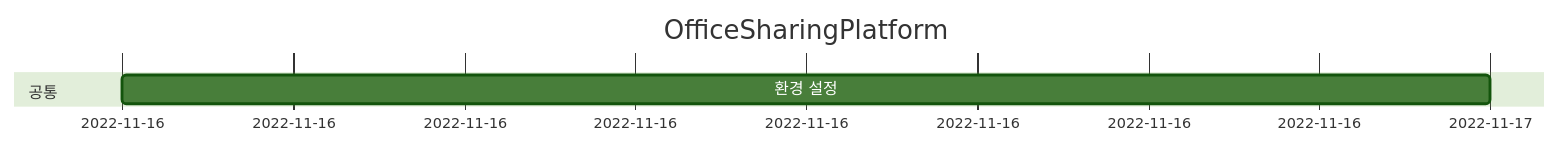
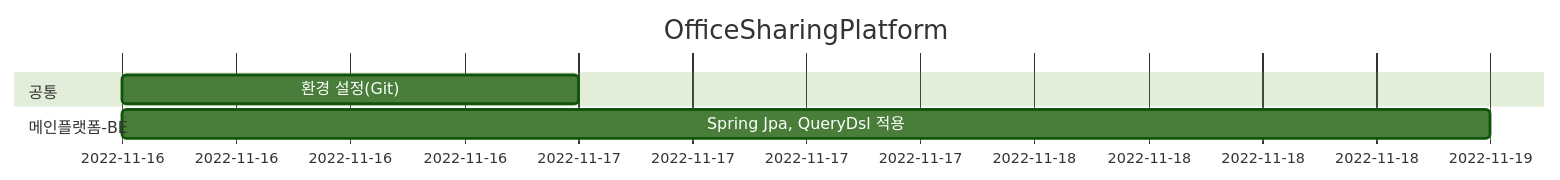
Before and after one commit to Hell-O-Demon-World/PlaceSharingPlatformBETest: the diagram in README.md, drawn with Mermaid (forest theme).

Commit message:
update : README

````diff
--- a/README.md
+++ b/README.md
@@ -11,11 +11,12 @@
 ```mermaid
 gantt
 dateFormat MM-DD
 title OfficeSharingPlatform
 
     section 공통
-    환경 설정             :chap1, 11-16, 1d
+    환경 설정(Git)             :chap1, 11-16, 1d
 
     section 메인플랫폼-BE
+    Spring Jpa, QueryDsl 적용 :chap1, 11-16, 3d
 
 ```
````
